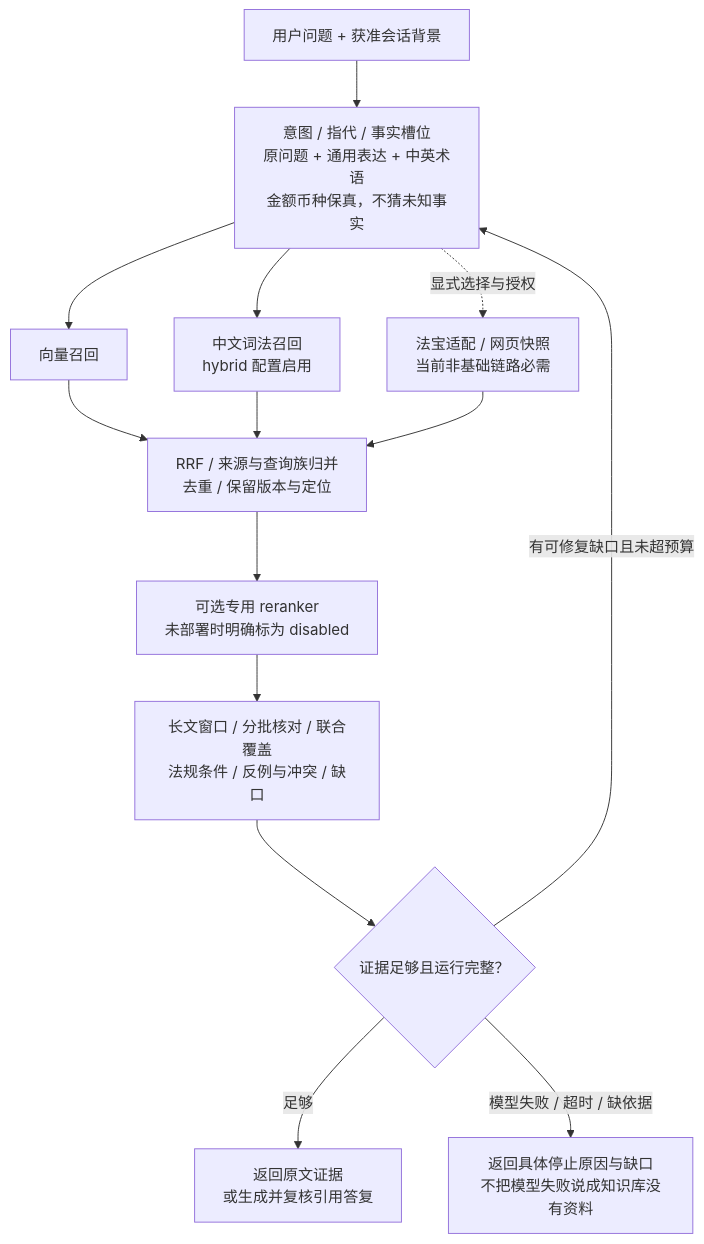
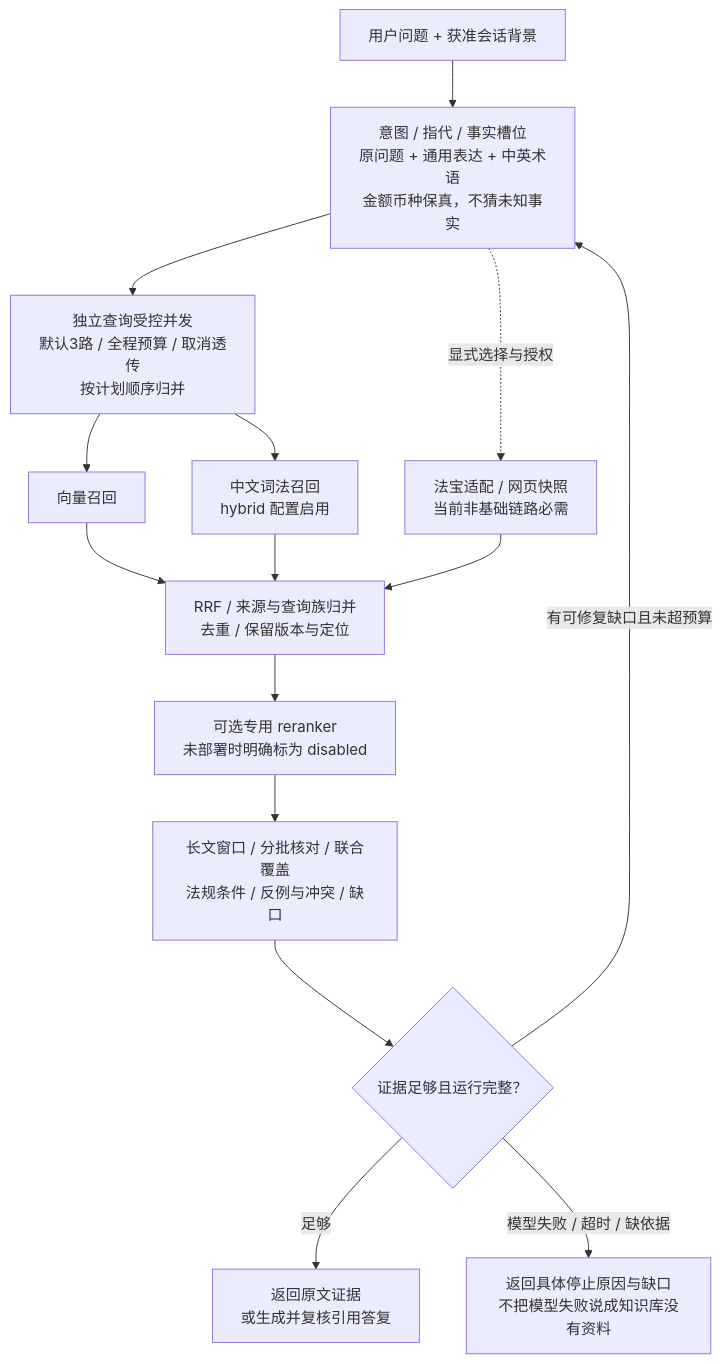
One commit to HBCN-AI-Campaign/HBCN-AI-Campaign-Team8 changed the third of 4 diagrams in code/rag-service/RAG模块架构.md. Above: the diagram before and after it, drawn with Mermaid. The commit also changed 9 other files, not shown here.

````diff
--- a/code/rag-service/RAG模块架构.md
+++ b/code/rag-service/RAG模块架构.md
@@ -73,16 +73,17 @@
 ```mermaid
 flowchart TB
   Q[用户问题 + 获准会话背景] --> PLAN[意图 / 指代 / 事实槽位<br/>原问题 + 通用表达 + 中英术语<br/>金额币种保真，不猜未知事实]
-  PLAN --> V[向量召回]
-  PLAN --> L[中文词法召回<br/>hybrid 配置启用]
+  PLAN --> B[独立查询受控并发<br/>默认3路 / 全程预算 / 取消透传<br/>按计划顺序归并]
+  B --> V[向量召回]
+  B --> L[中文词法召回<br/>hybrid 配置启用]
   PLAN -.显式选择与授权.-> E[法宝适配 / 网页快照<br/>当前非基础链路必需]
   V --> F[RRF / 来源与查询族归并<br/>去重 / 保留版本与定位]
   L --> F
   E --> F
   F --> RR[可选专用 reranker<br/>未部署时明确标为 disabled]
   RR --> CTX[长文窗口 / 分批核对 / 联合覆盖<br/>法规条件 / 反例与冲突 / 缺口]
   CTX --> D{证据足够且运行完整？}
   D -->|有可修复缺口且未超预算| PLAN
   D -->|足够| RESULT[返回原文证据<br/>或生成并复核引用答复]
   D -->|模型失败 / 超时 / 缺依据| GAP[返回具体停止原因与缺口<br/>不把模型失败说成知识库没有资料]
 ```
````
